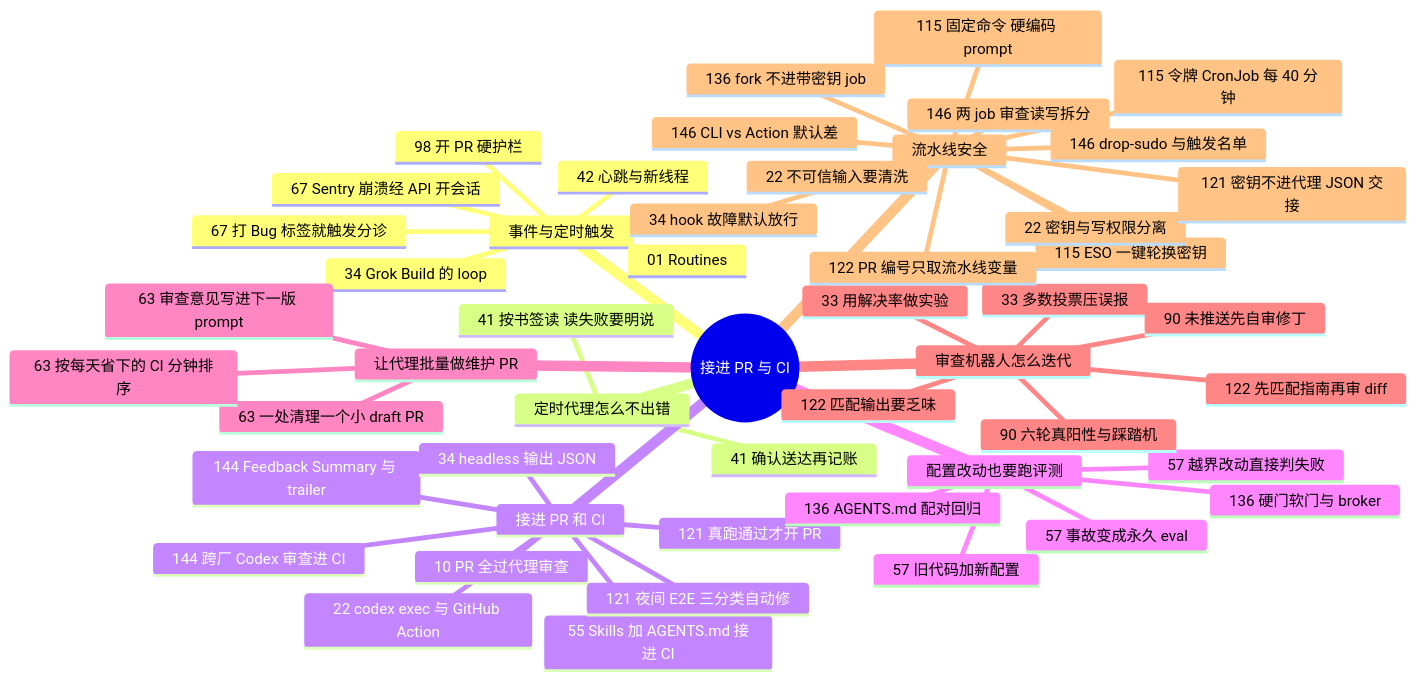
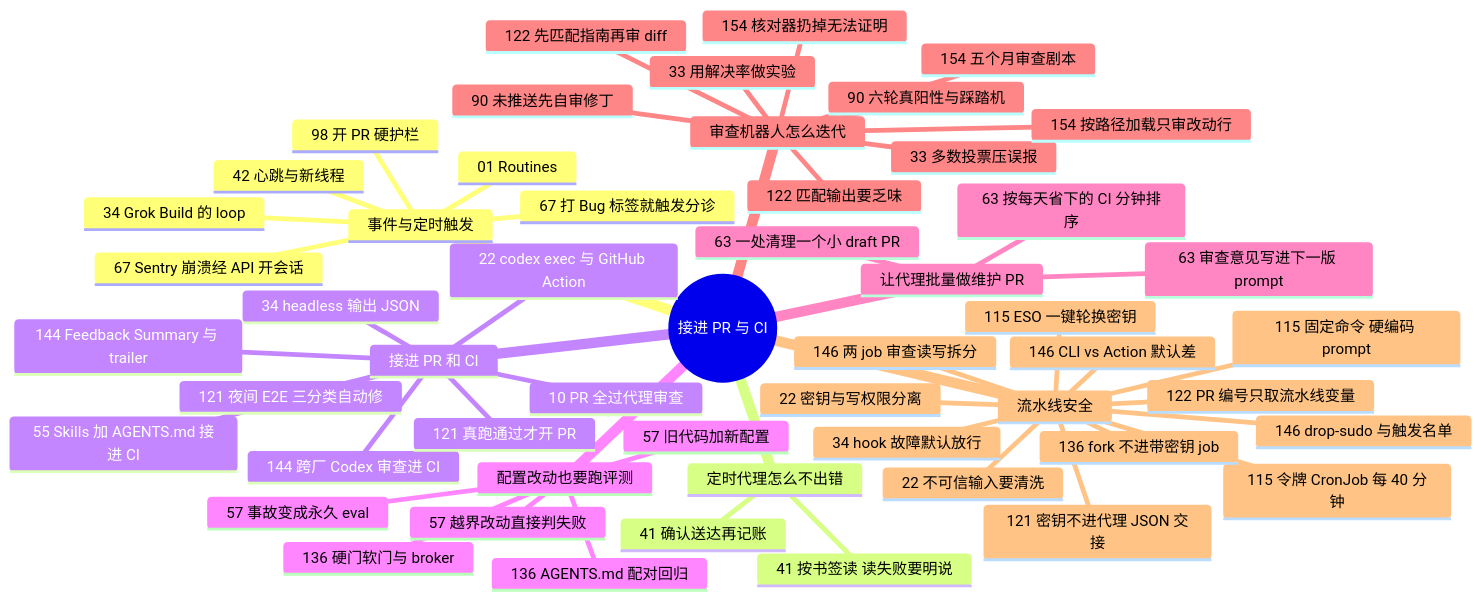
Before and after one commit to yzw7489757/ai-coding-videos: the diagram in docs/guide/ci.md, drawn with Mermaid. The commit also changed other lines of this file and 18 other files, not shown here.

````diff
--- a/docs/guide/ci.md
+++ b/docs/guide/ci.md
@@ -13,53 +13,56 @@
 ```mermaid
 mindmap
   root((接进 PR 与 CI))
     事件与定时触发
       98 开 PR 硬护栏
       01 Routines
       34 Grok Build 的 loop
       42 心跳与新线程
       67 打 Bug 标签就触发分诊
       67 Sentry 崩溃经 API 开会话
     定时代理怎么不出错
       41 按书签读 读失败要明说
       41 确认送达再记账
     接进 PR 和 CI
       10 PR 全过代理审查
       22 codex exec 与 GitHub Action
       144 跨厂 Codex 审查进 CI
       144 Feedback Summary 与 trailer
       55 Skills 加 AGENTS.md 接进 CI
       34 headless 输出 JSON
       121 夜间 E2E 三分类自动修
       121 真跑通过才开 PR
     配置改动也要跑评测
       57 旧代码加新配置
       57 越界改动直接判失败
       57 事故变成永久 eval
       136 AGENTS.md 配对回归
       136 硬门软门与 broker
     让代理批量做维护 PR
       63 一处清理一个小 draft PR
       63 审查意见写进下一版 prompt
       63 按每天省下的 CI 分钟排序
     审查机器人怎么迭代
       33 多数投票压误报
       33 用解决率做实验
       90 六轮真阳性与踩踏机
       90 未推送先自审修丁
+      154 五个月审查剧本
+      154 核对器扔掉无法证明
+      154 按路径加载只审改动行
       122 先匹配指南再审 diff
       122 匹配输出要乏味
     流水线安全
       146 CLI vs Action 默认差
       146 两 job 审查读写拆分
       146 drop-sudo 与触发名单
       115 令牌 CronJob 每 40 分钟
       115 ESO 一键轮换密钥
       115 固定命令 硬编码 prompt
       22 密钥与写权限分离
       34 hook 故障默认放行
       22 不可信输入要清洗
       121 密钥不进代理 JSON 交接
       122 PR 编号只取流水线变量
       136 fork 不进带密钥 job
 ```
````
